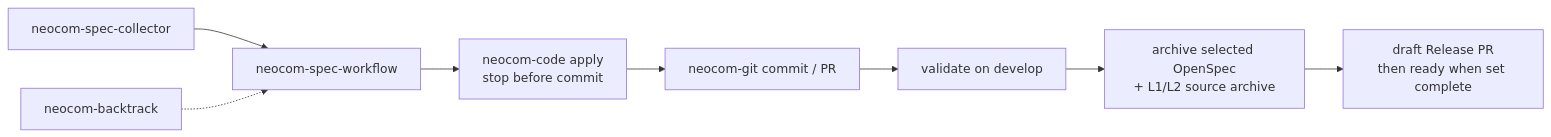
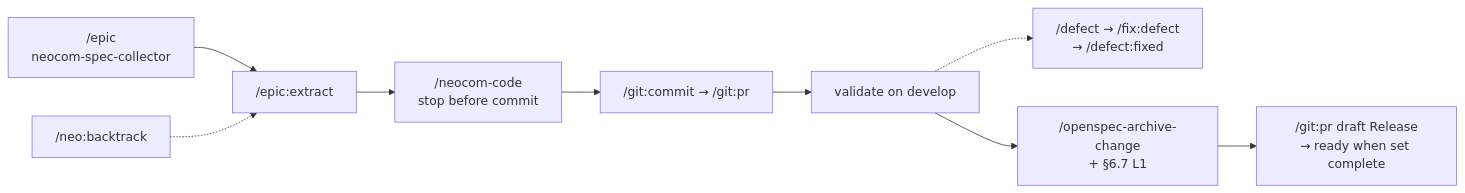
One commit to AdamAntinoo/neocom-meta changed the third of 9 diagrams in .dsh/METHODOLOGY.md. Above: the diagram before and after it, drawn with Mermaid. The commit also changed other lines of this file and 261 other files, not shown here.

First line of the commit message:
feat(meta): drop L2 and register epic-extract plus front-domain-nodes

````diff
--- a/.dsh/METHODOLOGY.md
+++ b/.dsh/METHODOLOGY.md
@@ -176,10 +166,11 @@
 ```mermaid
 flowchart LR
-  collector["neocom-spec-collector"] --> workflow["neocom-spec-workflow"]
-  backtrack["neocom-backtrack"] -.-> workflow
-  workflow --> code["neocom-code apply<br/>stop before commit"]
-  code --> git["neocom-git commit / PR"]
+  collector["/epic<br/>neocom-spec-collector"] --> workflow["/epic:extract"]
+  backtrack["/neo:backtrack"] -.-> workflow
+  workflow --> code["/neocom-code<br/>stop before commit"]
+  code --> git["/git:commit → /git:pr"]
   git --> val["validate on develop"]
-  val --> arch["archive selected OpenSpec<br/>+ L1/L2 source archive"]
-  arch --> draft["draft Release PR<br/>then ready when set complete"]
+  val -.-> defect["/defect → /fix:defect<br/>→ /defect:fixed"]
+  val --> arch["/openspec-archive-change<br/>+ §6.7 L1"]
+  arch --> draft["/git:pr draft Release<br/>→ ready when set complete"]
 ```
````
